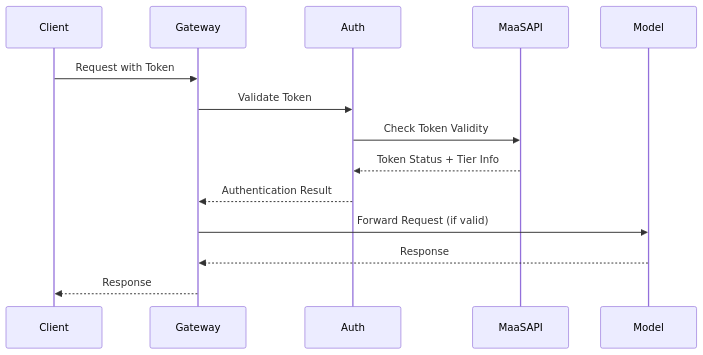
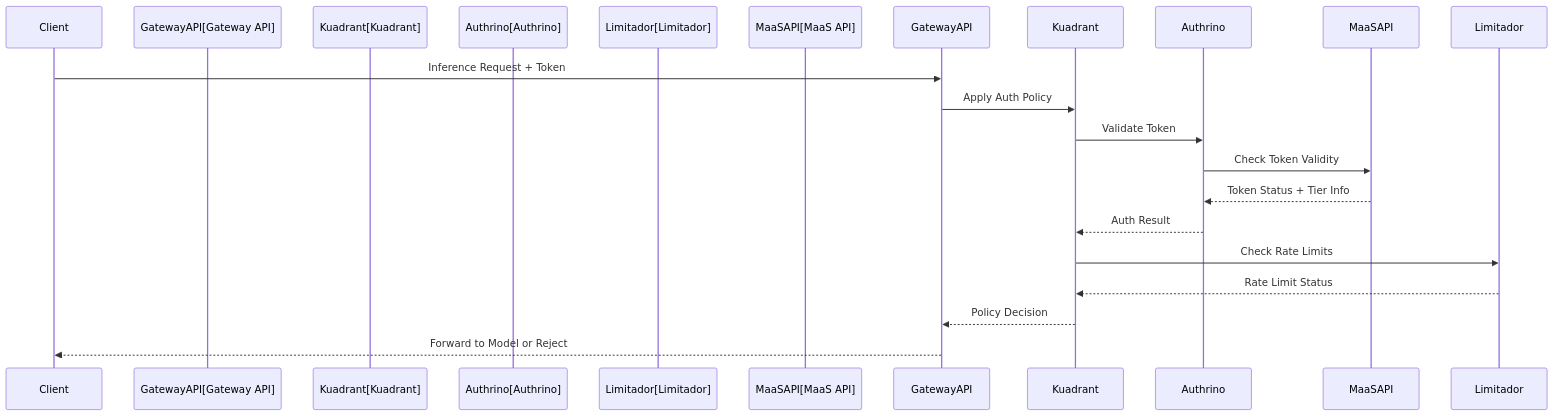
The fifth of 6 diagrams in docs/content/architecture.md (yossiovadia/maas-billing), drawn with Mermaid before and after one commit. The commit also changed other lines of this file, not shown here.

Commit message:
Updating architecture diagrams (#174)

````diff
--- a/docs/content/architecture.md
+++ b/docs/content/architecture.md
@@ -84,17 +235,20 @@
 ```mermaid
 sequenceDiagram
     participant Client
-    participant Gateway
-    participant Auth
-    participant MaaSAPI
-    participant Model
+    participant GatewayAPI[Gateway API]
+    participant Kuadrant[Kuadrant]
+    participant Authrino[Authrino]
+    participant Limitador[Limitador]
+    participant MaaSAPI[MaaS API]
     
-    Client->>Gateway: Request with Token
-    Gateway->>Auth: Validate Token
-    Auth->>MaaSAPI: Check Token Validity
-    MaaSAPI-->>Auth: Token Status + Tier Info
-    Auth-->>Gateway: Authentication Result
-    Gateway->>Model: Forward Request (if valid)
-    Model-->>Gateway: Response
-    Gateway-->>Client: Response
+    Client->>GatewayAPI: Inference Request + Token
+    GatewayAPI->>Kuadrant: Apply Auth Policy
+    Kuadrant->>Authrino: Validate Token
+    Authrino->>MaaSAPI: Check Token Validity
+    MaaSAPI-->>Authrino: Token Status + Tier Info
+    Authrino-->>Kuadrant: Auth Result
+    Kuadrant->>Limitador: Check Rate Limits
+    Limitador-->>Kuadrant: Rate Limit Status
+    Kuadrant-->>GatewayAPI: Policy Decision
+    GatewayAPI-->>Client: Forward to Model or Reject
 ```
````
